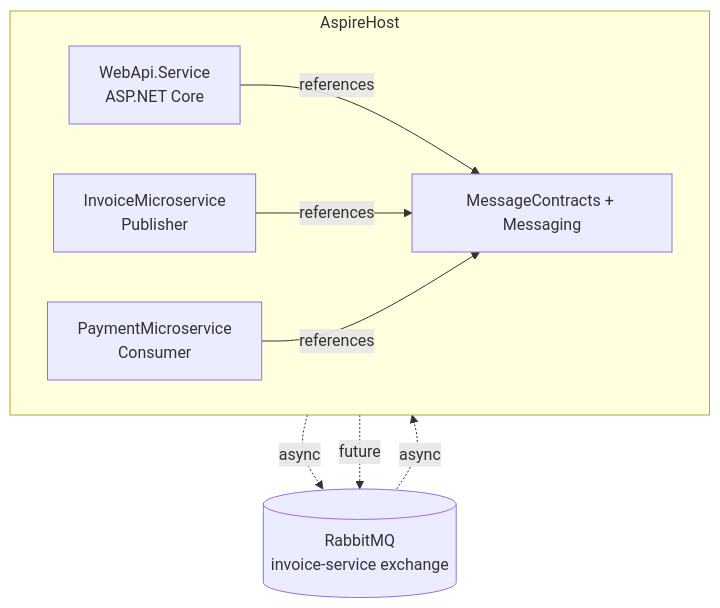
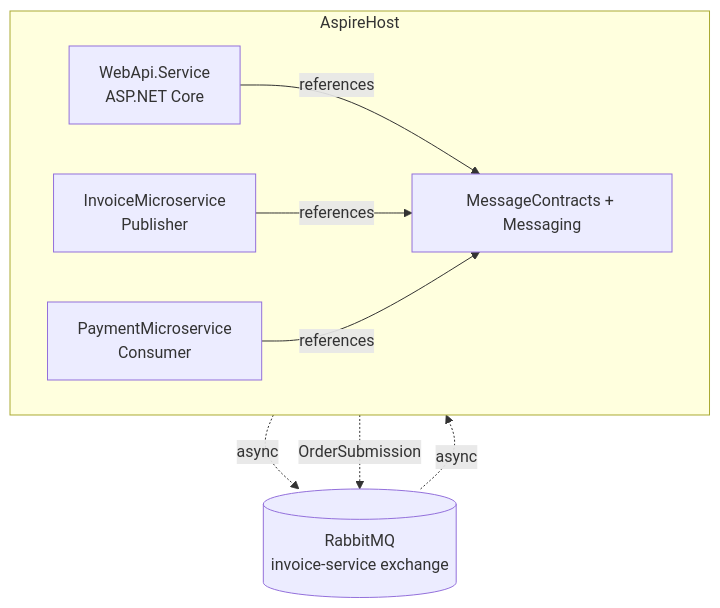
The third of 3 diagrams in README.md (DragceSU/AspireProject), drawn with Mermaid before and after one commit. The commit also changed other lines of this file and 35 other files, not shown here.

````diff
--- a/README.md
+++ b/README.md
@@ -61,18 +63,18 @@
 ```mermaid
 flowchart TB
     subgraph AspireHost
         direction LR
         api[WebApi.Service<br/>ASP.NET Core]
         shared[MessageContracts + Messaging]
         invoice[InvoiceMicroservice<br/>Publisher]
         payment[PaymentMicroservice<br/>Consumer]
     end
     bus[(RabbitMQ<br/>invoice-service exchange)]
 
     api -- references --> shared
     invoice -- references --> shared
     payment -- references --> shared
     invoice -. async .-> bus
     bus -. async .-> payment
-    api -. future .-> bus
+    api -. OrderSubmission .-> bus
 ```
````
